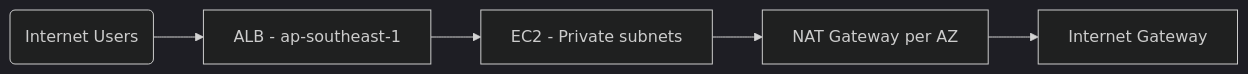
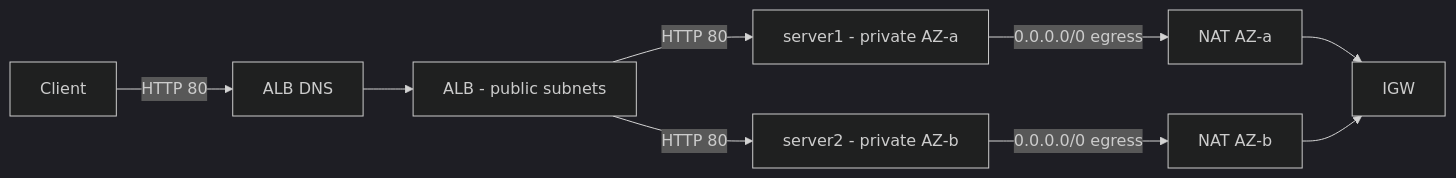
One commit to arjun0451/aws-tfm changed the first of 2 diagrams in terraform/ARCHITECTURE.md. Above: the diagram before and after it, drawn with Mermaid (dark theme). The commit also changed other lines of this file and 3 other files, not shown here.

Commit message:
Add architecture and changelog docs; commit dependency lockfile; restore full README

````diff
--- a/terraform/ARCHITECTURE.md
+++ b/terraform/ARCHITECTURE.md
@@ -23,13 +20,11 @@
 ```mermaid
 flowchart LR
-    User(Internet Users)
-    ALB[ALB - ap-southeast-1]
-    NAT[NAT Gateway per AZ]
-    EC2[EC2 - Private subnets]
-    IGW[Internet Gateway]
-
-    User --> ALB
-    ALB --> EC2
-    EC2 --> NAT
-    NAT --> IGW
+    C[Client] -->|HTTP 80| DN[ALB DNS]
+    DN --> ALB[ALB - public subnets]
+    ALB -->|HTTP 80| A[server1 - private AZ-a]
+    ALB -->|HTTP 80| B[server2 - private AZ-b]
+    A -->|0.0.0.0/0 egress| N1[NAT AZ-a]
+    B -->|0.0.0.0/0 egress| N2[NAT AZ-b]
+    N1 --> IGW
+    N2 --> IGW
 ```
````
